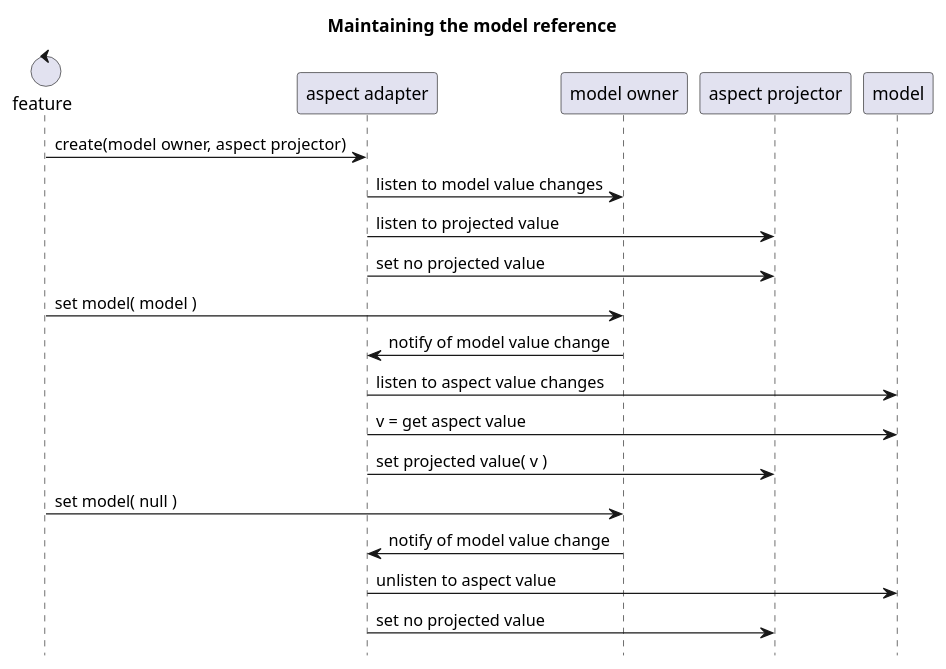
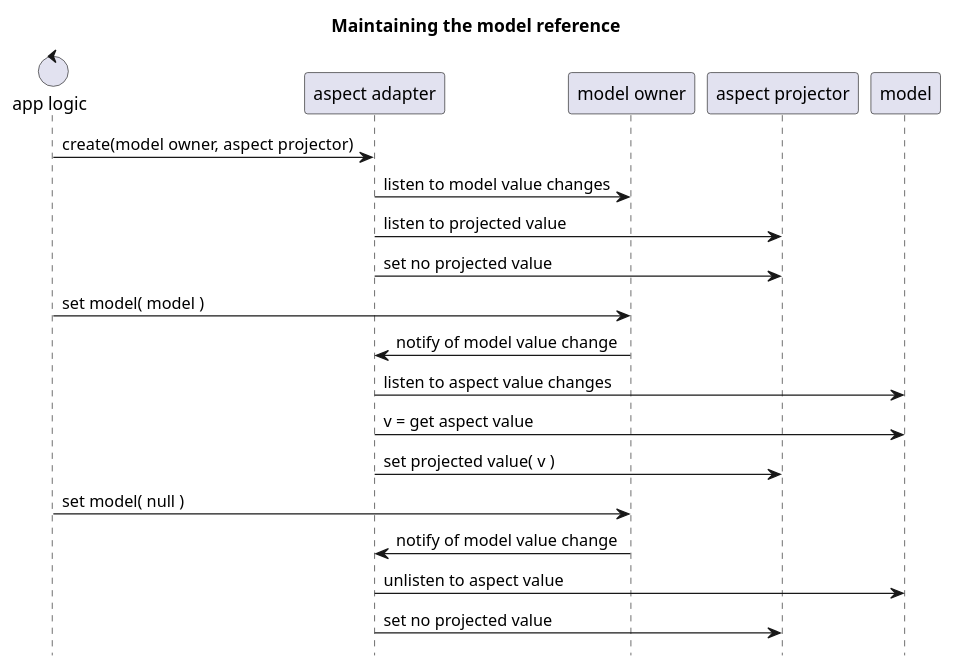
Before and after one commit to goranstack/esox: the second of 8 diagrams in gh-pages/src/main/asciidoc/index.adoc, drawn with PlantUML. The commit also changed other lines of this file and 185 other files, not shown here.

```diff
--- a/gh-pages/src/main/asciidoc/index.adoc
+++ b/gh-pages/src/main/asciidoc/index.adoc
@@ -65,24 +64,24 @@
 [plantuml, model-reference, svg]
 ....
 @startuml
 
 hide footbox
 title Maintaining the model reference
 
-control feature
+control "app logic"
 
-feature -> "aspect adapter" : create(model owner, aspect projector)
+"app logic" -> "aspect adapter" : create(model owner, aspect projector)
 "aspect adapter" -> "model owner" : listen to model value changes
 "aspect adapter" -> "aspect projector" : listen to projected value
 "aspect adapter" -> "aspect projector" : set no projected value
-feature -> "model owner" : set model( model )
+"app logic" -> "model owner" : set model( model )
 "model owner" -> "aspect adapter" : notify of model value change
 "aspect adapter" -> model : listen to aspect value changes
 "aspect adapter" -> model : v = get aspect value
 "aspect adapter" -> "aspect projector": set projected value( v )
-feature -> "model owner" : set model( null )
+"app logic" -> "model owner" : set model( null )
 "model owner" -> "aspect adapter" : notify of model value change
 "aspect adapter" -> model : unlisten to aspect value
 "aspect adapter" -> "aspect projector" : set no projected value
 @enduml
 ....
```
